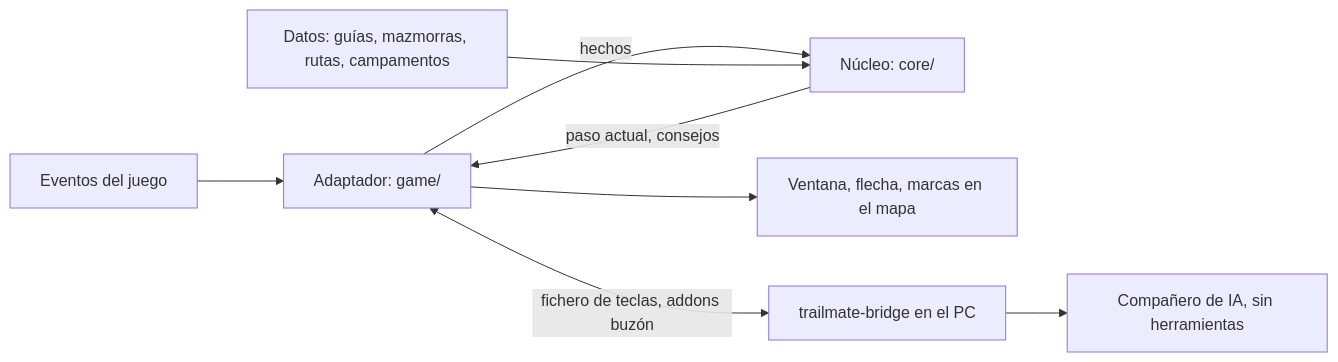
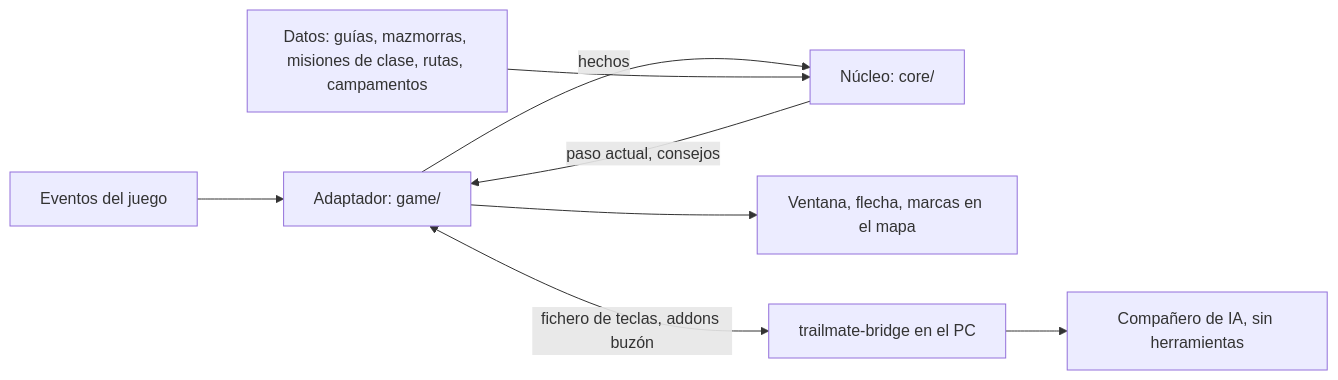
Before and after one commit to zxxdev/TrailMate: the diagram in README.es.md, drawn with Mermaid. The commit also changed other lines of this file and 24 other files, not shown here.

````diff
--- a/README.es.md
+++ b/README.es.md
@@ -112,10 +114,10 @@
 ```mermaid
 flowchart LR
   E[Eventos del juego] --> A[Adaptador: game/]
   A -->|hechos| C[Núcleo: core/]
-  D[Datos: guías, mazmorras, rutas, campamentos] --> C
+  D[Datos: guías, mazmorras, misiones de clase, rutas, campamentos] --> C
   C -->|paso actual, consejos| A
   A --> U[Ventana, flecha, marcas en el mapa]
   A <-->|fichero de teclas, addons buzón| B[trailmate-bridge en el PC]
   B --> M[Compañero de IA, sin herramientas]
 ```
````
